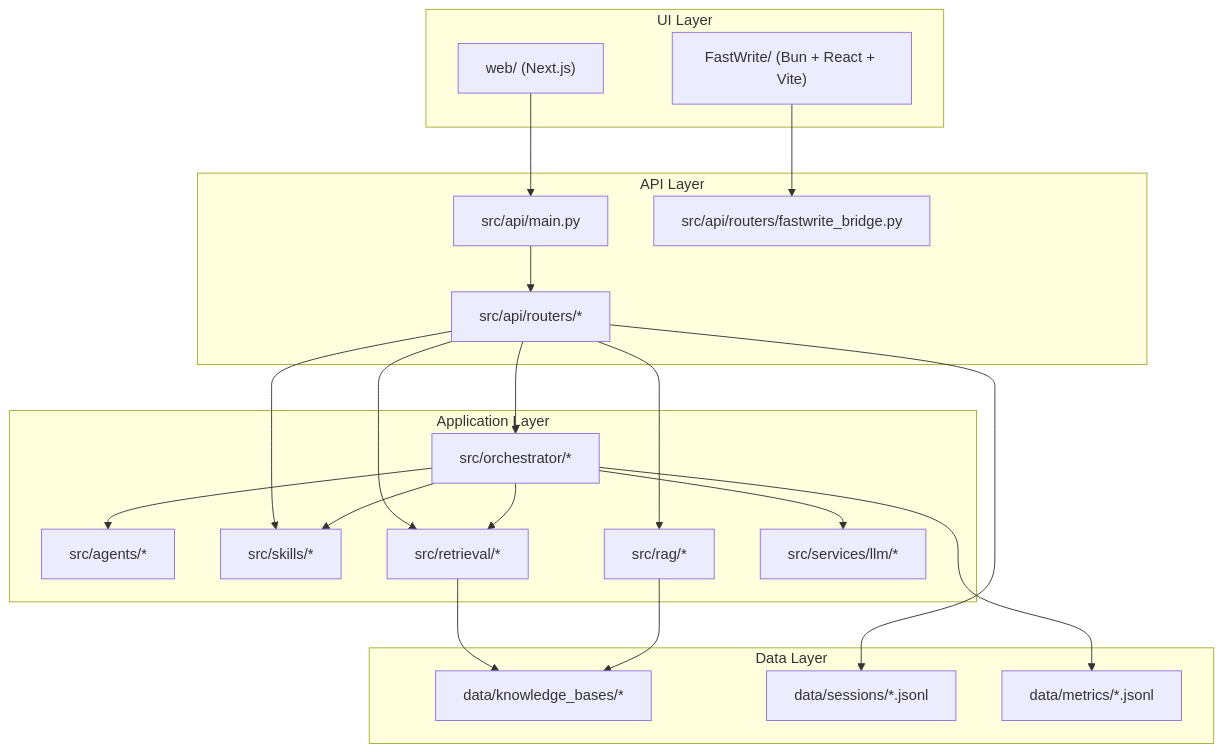
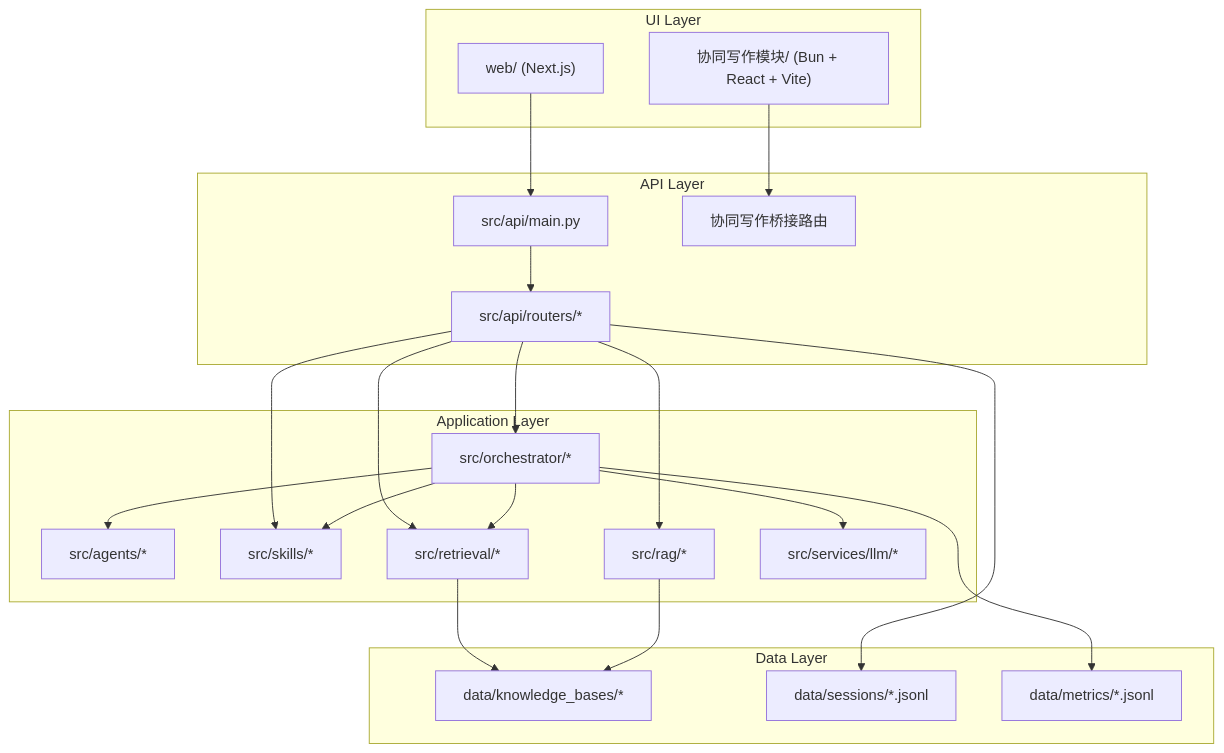
One commit to qwerzbn/writingbot changed the first of 5 diagrams in docs/upgrade/architecture.md. Above: the diagram before and after it, drawn with Mermaid. The commit also changed 18 other files, not shown here.

````diff
--- a/docs/upgrade/architecture.md
+++ b/docs/upgrade/architecture.md
@@ -8,44 +8,44 @@
 ```mermaid
 flowchart TB
   subgraph UI["UI Layer"]
     WEB["web/ (Next.js)"]
-    FW["FastWrite/ (Bun + React + Vite)"]
+    FW["协同写作模块/ (Bun + React + Vite)"]
   end
 
   subgraph API["API Layer"]
     MAIN["src/api/main.py"]
     ROUTERS["src/api/routers/*"]
-    BRIDGE["src/api/routers/fastwrite_bridge.py"]
+    BRIDGE["协同写作桥接路由"]
   end
 
   subgraph APP["Application Layer"]
     ORCH["src/orchestrator/*"]
     AGENTS["src/agents/*"]
     SKILLS["src/skills/*"]
     RET["src/retrieval/*"]
     RAG["src/rag/*"]
     LLM["src/services/llm/*"]
   end
 
   subgraph DATA["Data Layer"]
     KB["data/knowledge_bases/*"]
     SESS["data/sessions/*.jsonl"]
     METRICS["data/metrics/*.jsonl"]
   end
 
   WEB --> MAIN
   FW --> BRIDGE
   MAIN --> ROUTERS
   ROUTERS --> ORCH
   ROUTERS --> RAG
   ROUTERS --> RET
   ROUTERS --> SKILLS
   ORCH --> AGENTS
   ORCH --> RET
   ORCH --> LLM
   ORCH --> SKILLS
   RET --> KB
   RAG --> KB
   ROUTERS --> SESS
   ORCH --> METRICS
 ```
````
